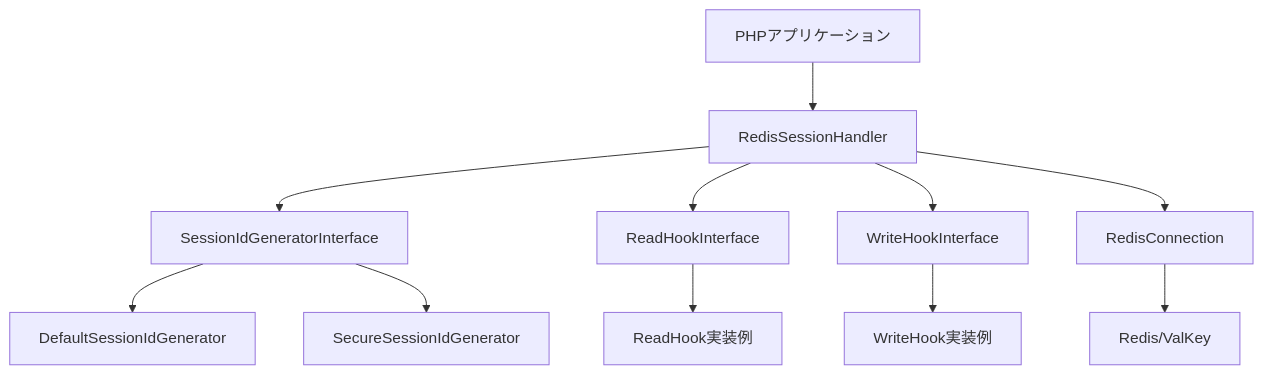
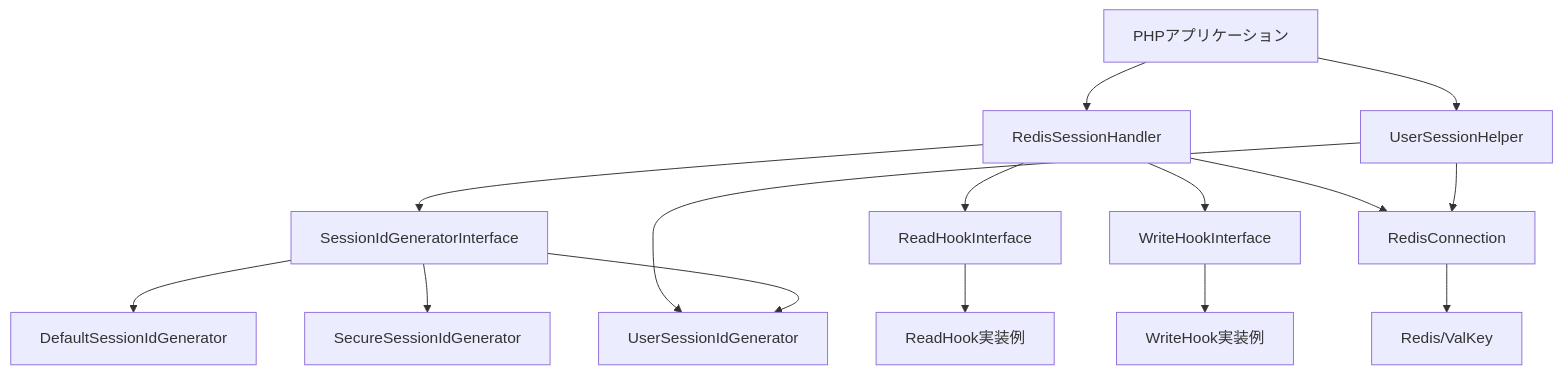
The first of 5 diagrams in doc/architecture.md (uzulla/enhanced-redis-session-handler.php), drawn with Mermaid before and after one commit. The commit also changed other lines of this file and 2 other files, not shown here.

First line of the commit message:
ドキュメントにUserSessionIdGeneratorとUserSessionHelperを追記

````diff
--- a/doc/architecture.md
+++ b/doc/architecture.md
@@ -59,15 +59,19 @@
 ```mermaid
 graph TD
     A[PHPアプリケーション] --> B[RedisSessionHandler]
+    A --> H[UserSessionHelper]
     B --> C[SessionIdGeneratorInterface]
     B --> D[ReadHookInterface]
     B --> E[WriteHookInterface]
     B --> F[RedisConnection]
     F --> G[Redis/ValKey]
-    
+    H --> C3[UserSessionIdGenerator]
+    H --> F
+
     C --> C1[DefaultSessionIdGenerator]
     C --> C2[SecureSessionIdGenerator]
-    
+    C --> C3[UserSessionIdGenerator]
+
     D --> D1[ReadHook実装例]
     E --> E1[WriteHook実装例]
 ```
````
